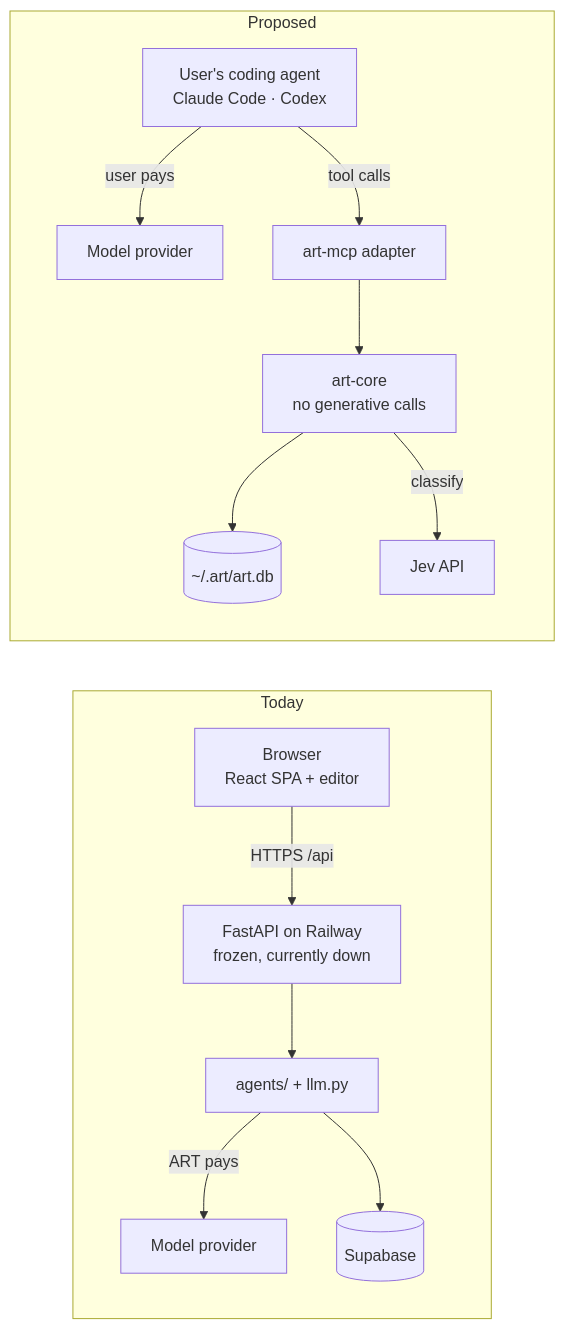
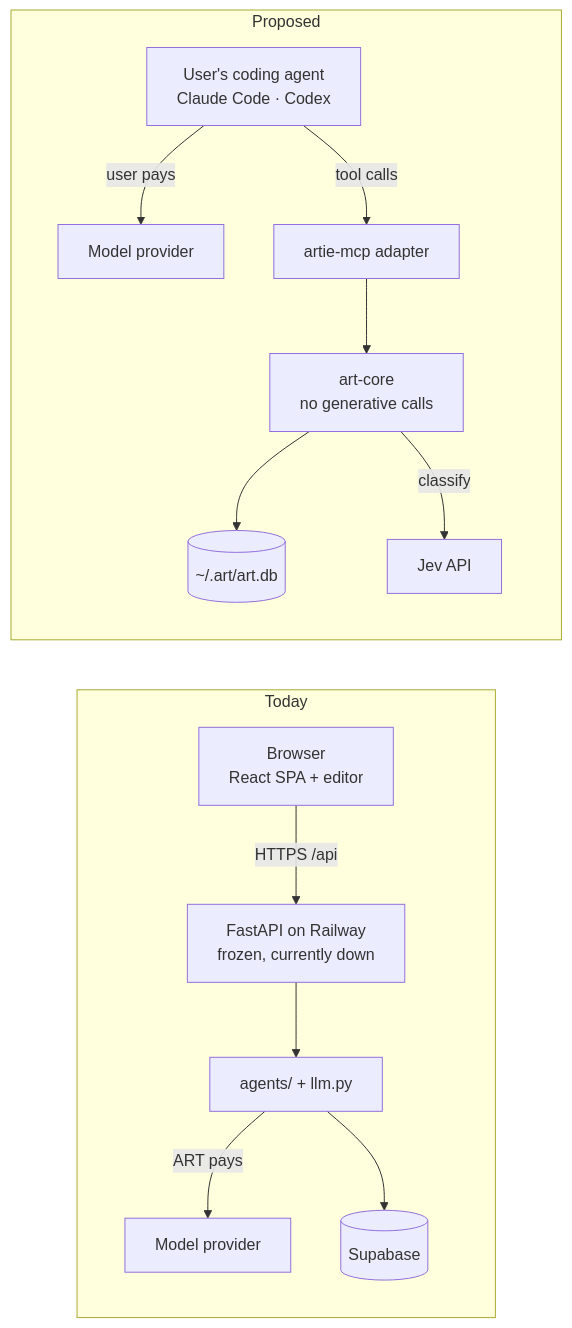
The first of 6 diagrams in docs/harness.md (nathansso/agentic_resume_tailoring), drawn with Mermaid before and after one commit. The commit also changed other lines of this file and 82 other files, not shown here.

First line of the commit message:
feat(harness): rename art to artie and release v0.2.0 (#395)

````diff
--- a/docs/harness.md
+++ b/docs/harness.md
@@ -38,16 +38,16 @@
 ```mermaid
 flowchart LR
     subgraph Today
         B[Browser<br/>React SPA + editor] -->|HTTPS /api| F[FastAPI on Railway<br/>frozen, currently down]
         F --> AG[agents/ + llm.py]
         AG -->|ART pays| MP[Model provider]
         AG --> SB[(Supabase)]
     end
     subgraph Proposed
         H[User's coding agent<br/>Claude Code · Codex] -->|user pays| MP2[Model provider]
-        H -->|tool calls| MCP[art-mcp adapter]
+        H -->|tool calls| MCP[artie-mcp adapter]
         MCP --> CORE[art-core<br/>no generative calls]
         CORE --> DB[(~/.art/art.db)]
         CORE -->|classify| JEV[Jev API]
     end
 ```
````
